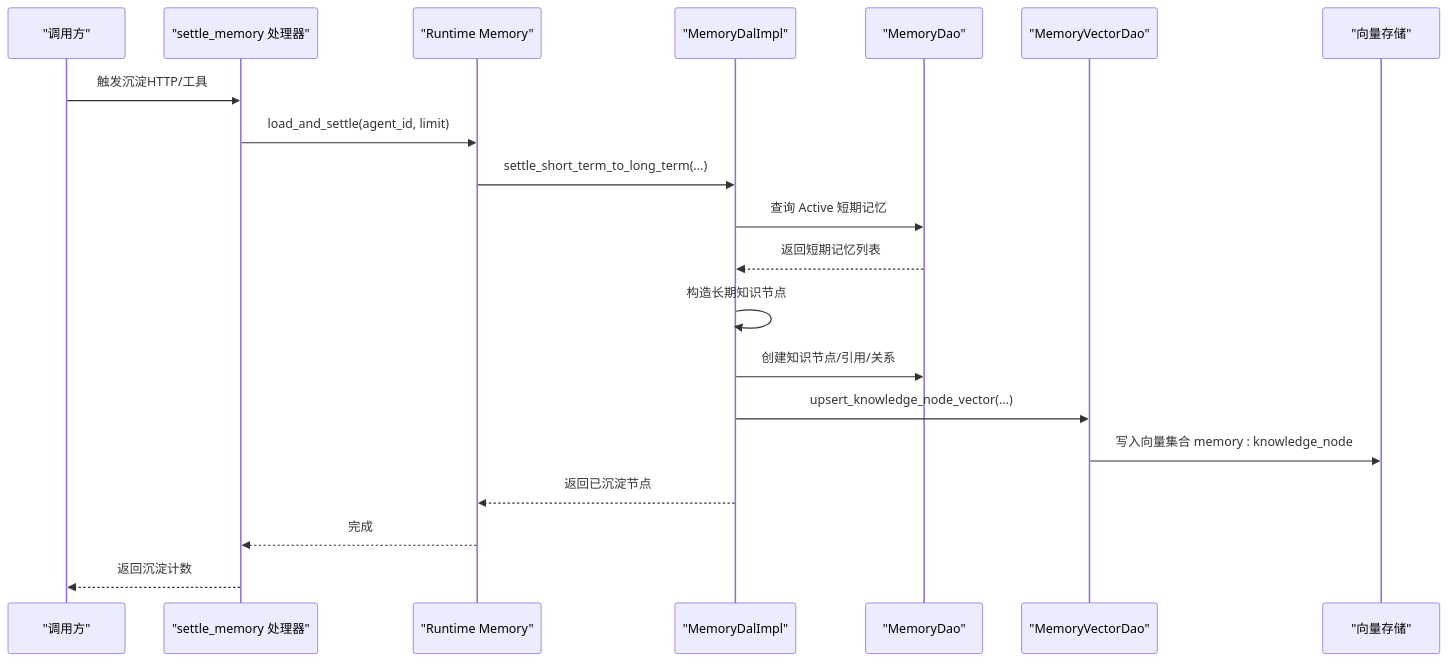
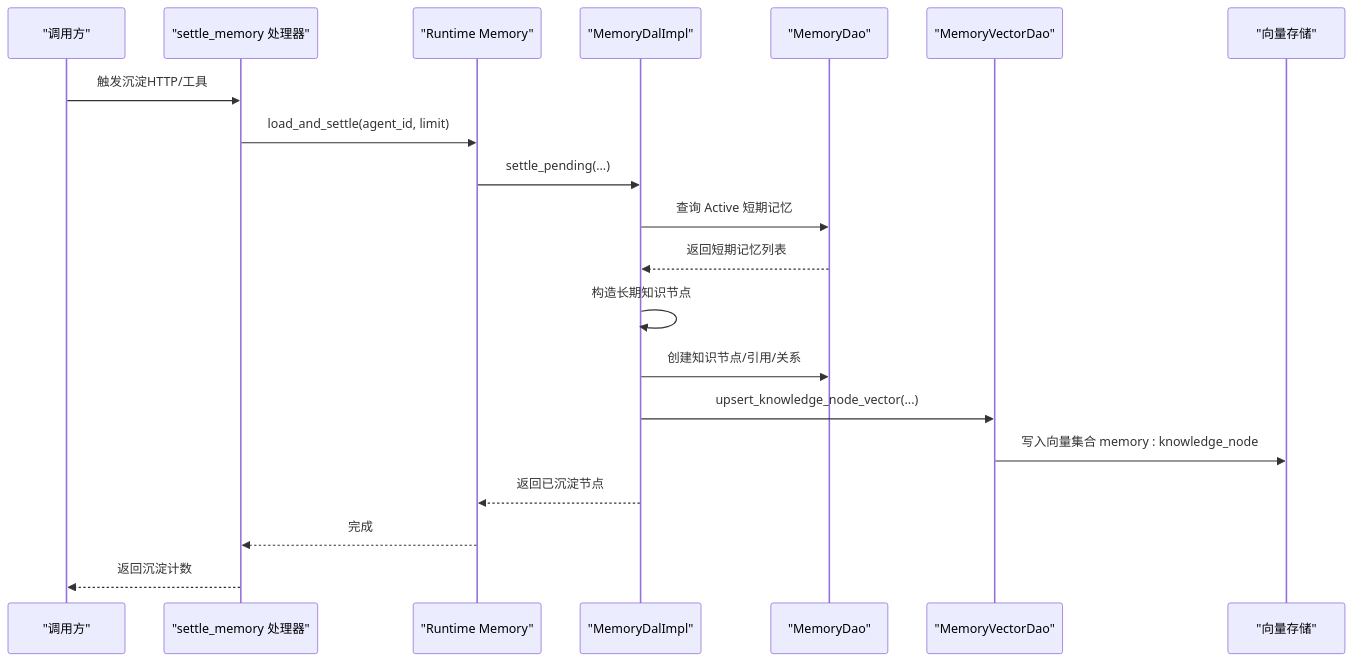
Before and after one commit to runningcoders/ai_orz: the second of 8 diagrams in docs/wiki/zh/content/项目概述/核心功能特性/四层记忆系统/四层记忆系统.md, drawn with Mermaid. The commit also changed other lines of this file and 82 other files, not shown here.

````diff
--- a/docs/wiki/zh/content/项目概述/核心功能特性/四层记忆系统/四层记忆系统.md
+++ b/docs/wiki/zh/content/项目概述/核心功能特性/四层记忆系统/四层记忆系统.md
@@ -127,22 +127,22 @@
 ```mermaid
 sequenceDiagram
 participant U as "调用方"
 participant H as "settle_memory 处理器"
 participant R as "Runtime Memory"
 participant D as "MemoryDalImpl"
 participant M as "MemoryDao"
 participant V as "MemoryVectorDao"
 participant VS as "向量存储"
 U->>H : 触发沉淀HTTP/工具
 H->>R : load_and_settle(agent_id, limit)
-R->>D : settle_short_term_to_long_term(...)
+R->>D : settle_pending(...)
 D->>M : 查询 Active 短期记忆
 M-->>D : 返回短期记忆列表
 D->>D : 构造长期知识节点
 D->>M : 创建知识节点/引用/关系
 D->>V : upsert_knowledge_node_vector(...)
 V->>VS : 写入向量集合 memory : knowledge_node
 D-->>R : 返回已沉淀节点
 R-->>H : 完成
 H-->>U : 返回沉淀计数
 ```
````
